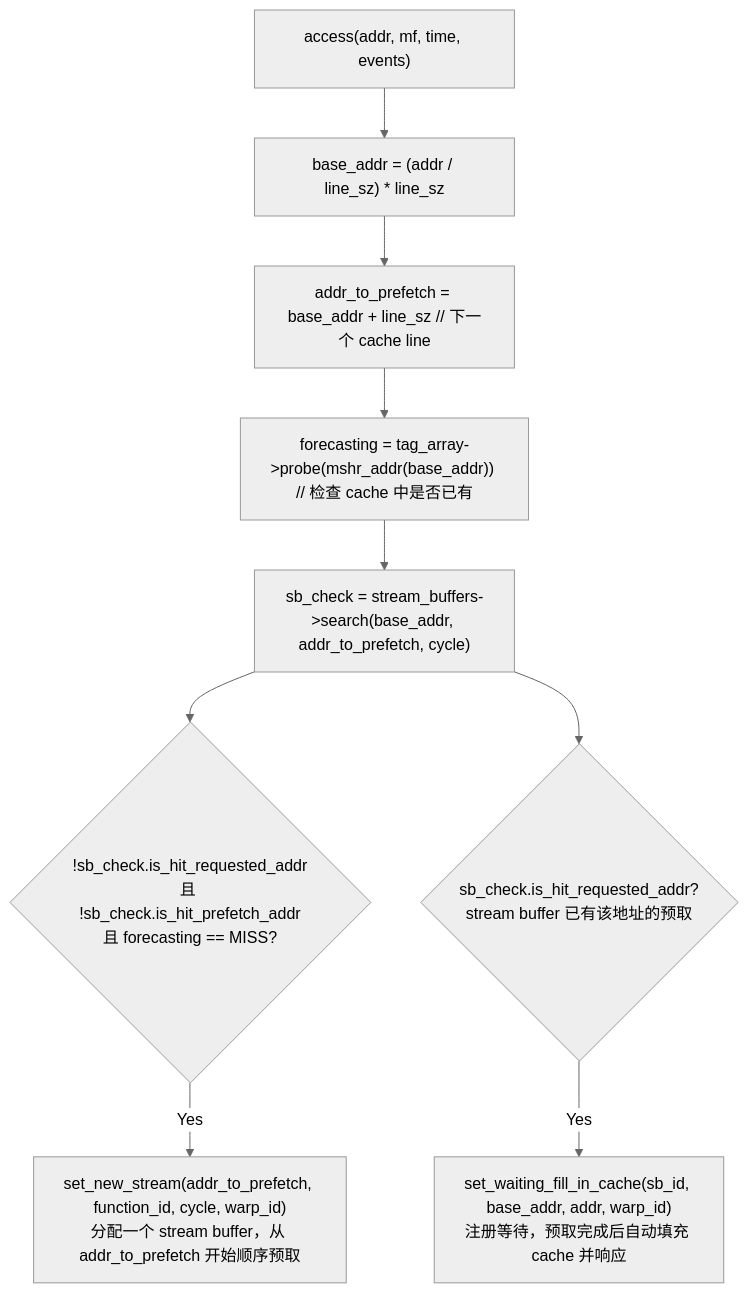
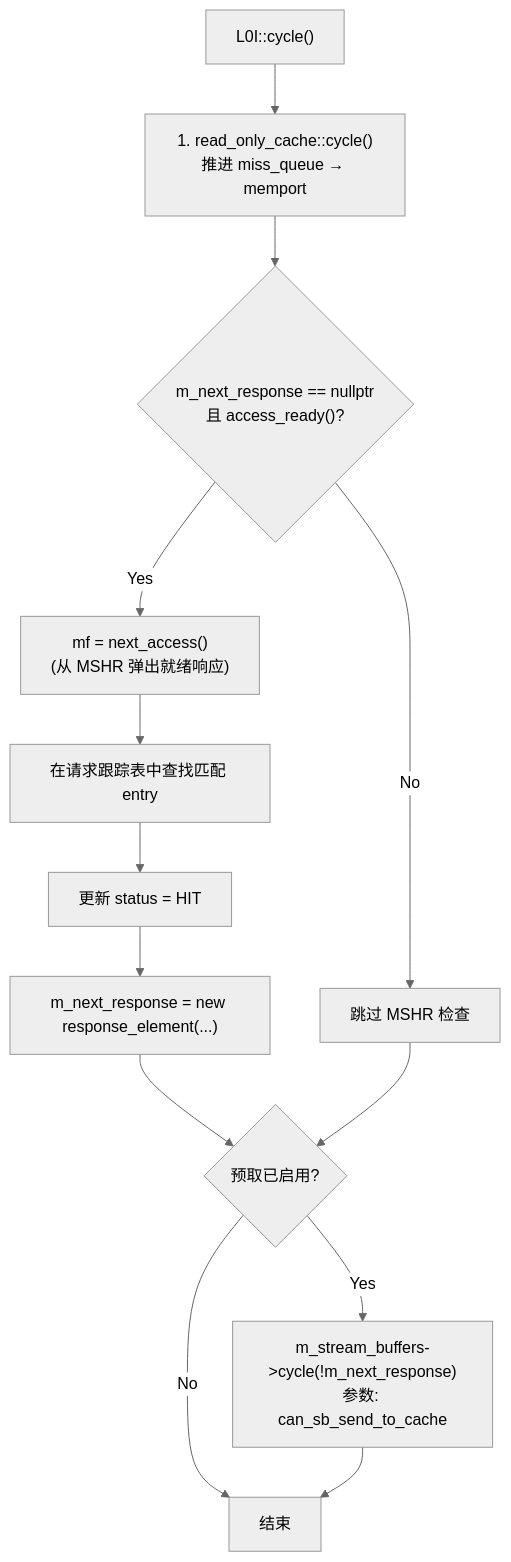
Before and after one commit to dzwduan/modern-gpu-simulator-micro-2025: the eighth of 11 diagrams in docs/detailed-design/05-指令供给子系统设计.md, drawn with Mermaid (neutral theme). The commit also changed other lines of this file and 2 other files, not shown here.

````diff
--- a/docs/detailed-design/05-指令供给子系统设计.md
+++ b/docs/detailed-design/05-指令供给子系统设计.md
@@ -572,11 +515,15 @@
 ```mermaid
 flowchart TD
-    A["access(addr, mf, time, events)"] --> B["base_addr = (addr / line_sz) * line_sz"]
-    B --> C["addr_to_prefetch = base_addr + line_sz // 下一个 cache line"]
-    C --> D["forecasting = tag_array->probe(mshr_addr(base_addr)) // 检查 cache 中是否已有"]
-    D --> E["sb_check = stream_buffers->search(base_addr, addr_to_prefetch, cycle)"]
-    E --> F{"!sb_check.is_hit_requested_addr<br/>且 !sb_check.is_hit_prefetch_addr<br/>且 forecasting == MISS?"}
-    F -->|Yes| G["set_new_stream(addr_to_prefetch, function_id, cycle, warp_id)<br/>分配一个 stream buffer，从 addr_to_prefetch 开始顺序预取"]
-    E --> H{"sb_check.is_hit_requested_addr?<br/>stream buffer 已有该地址的预取"}
-    H -->|Yes| I["set_waiting_fill_in_cache(sb_id, base_addr, addr, warp_id)<br/>注册等待，预取完成后自动填充 cache 并响应"]
+    A["L0I::cycle#40;#41;"] --> B["1. read_only_cache::cycle#40;#41;<br/>推进 miss_queue → memport"]
+    B --> C{"m_next_response == nullptr<br/>且 access_ready#40;#41;?"}
+    C -->|Yes| D["mf = next_access#40;#41;<br/>#40;从 MSHR 弹出就绪响应#41;"]
+    D --> E["在请求跟踪表中查找匹配 entry"]
+    E --> F["更新 status = HIT"]
+    F --> G["m_next_response = new response_element#40;...#41;"]
+    C -->|No| H["跳过 MSHR 检查"]
+    G --> I{"预取已启用?"}
+    H --> I
+    I -->|Yes| J["m_stream_buffers->cycle#40;!m_next_response#41;<br/>参数: can_sb_send_to_cache"]
+    I -->|No| K["结束"]
+    J --> K
 ```
````
